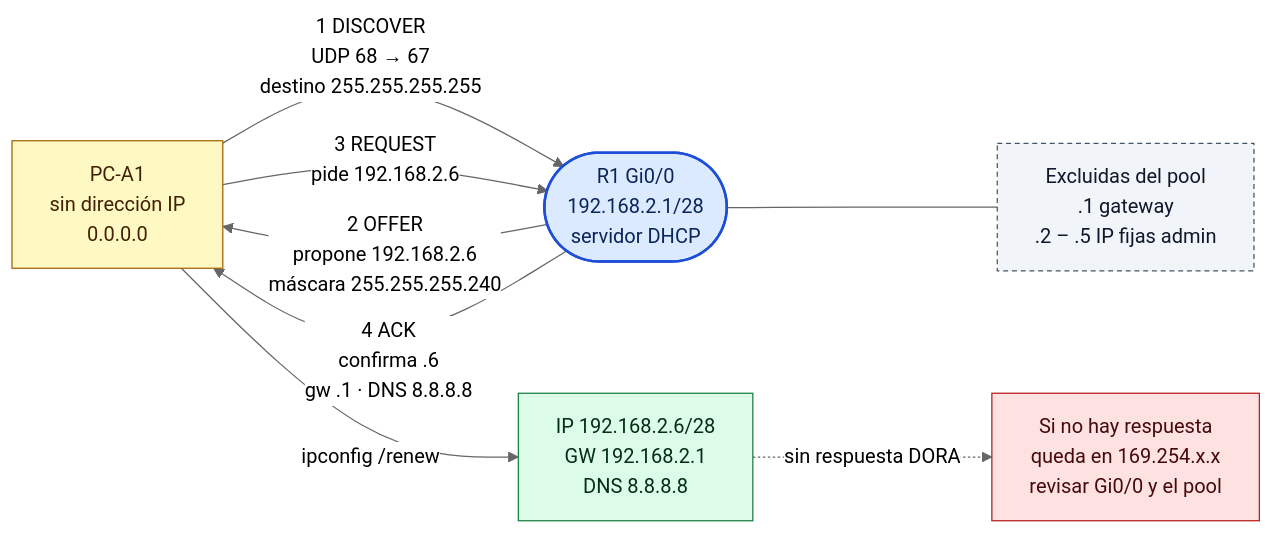
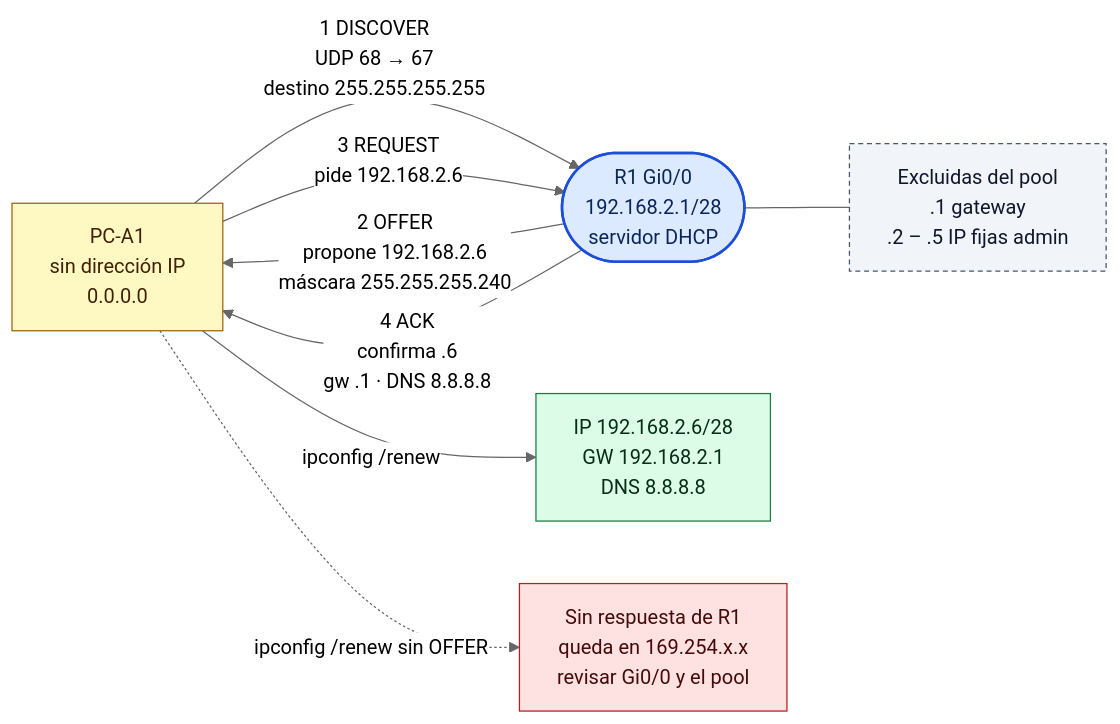
One commit to isaca0315/laboratorio-vlan-dhcp changed the third of 5 diagrams in DIAGRAMAS.md. Above: the diagram before and after it, drawn with Mermaid (neutral theme). The commit also changed other lines of this file and 3 other files, not shown here.

````diff
--- a/DIAGRAMAS.md
+++ b/DIAGRAMAS.md
@@ -120,28 +120,28 @@
 ```mermaid
 flowchart LR
   PC["PC-A1<br/>sin dirección IP<br/>0.0.0.0"]
   R1(["R1 Gi0/0<br/>192.168.2.1/28<br/>servidor DHCP"])
 
   PC -->|"1 DISCOVER<br/>UDP 68 → 67<br/>destino 255.255.255.255"| R1
   R1 -->|"2 OFFER<br/>propone 192.168.2.6<br/>máscara 255.255.255.240"| PC
   PC -->|"3 REQUEST<br/>pide 192.168.2.6"| R1
   R1 -->|"4 ACK<br/>confirma .6<br/>gw .1 · DNS 8.8.8.8"| PC
 
   EXC["Excluidas del pool<br/>.1 gateway<br/>.2 – .5 IP fijas admin"]
   R1 --- EXC
 
   PC -->|"ipconfig /renew"| OK["IP 192.168.2.6/28<br/>GW 192.168.2.1<br/>DNS 8.8.8.8"]
-  FALLA["Si no hay respuesta<br/>queda en 169.254.x.x<br/>revisar Gi0/0 y el pool"]
-  OK -.->|"sin respuesta DORA"| FALLA
+  FALLA["Sin respuesta de R1<br/>queda en 169.254.x.x<br/>revisar Gi0/0 y el pool"]
+  PC -.->|"ipconfig /renew sin OFFER"| FALLA
 
   classDef router fill:#dbeafe,stroke:#1d4ed8,stroke-width:2px,color:#0b2559
   classDef pc fill:#fef9c3,stroke:#a16207,color:#422006
   classDef ok fill:#dcfce7,stroke:#15803d,color:#052e16
   classDef fail fill:#fee2e2,stroke:#b91c1c,color:#450a0a
   classDef nota fill:#f1f5f9,stroke:#475569,stroke-dasharray:4 3,color:#0f172a
   class R1 router
   class PC pc
   class OK ok
   class FALLA fail
   class EXC nota
 ```
````
